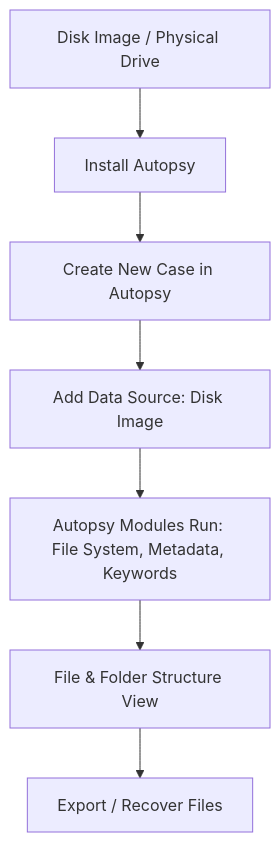
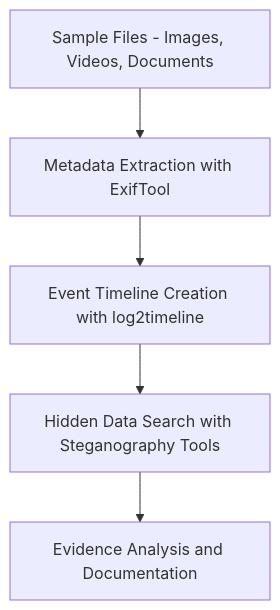
One commit to Kishorekumar22060/Metadata-Extraction-using-ExifTool-log2timeline-and-Hidden-Data-Search-using-Steganography-Tools changed the diagram in README.md. Above: the diagram before and after it, drawn with Mermaid. The commit also changed other lines of this file, not shown here.

````diff
--- a/README.md
+++ b/README.md
@@ -14,9 +12,7 @@
 ```mermaid
 flowchart TD
-    A[Disk Image / Physical Drive] --> B[Install Autopsy]
-    B --> C[Create New Case in Autopsy]
-    C --> D[Add Data Source: Disk Image]
-    D --> E["Autopsy Modules Run: File System, Metadata, Keywords"]
-    E --> F[File & Folder Structure View]
-    F --> G[Export / Recover Files]
+    A[Sample Files - Images, Videos, Documents] --> B[Metadata Extraction with ExifTool]
+    B --> C[Event Timeline Creation with log2timeline]
+    C --> D[Hidden Data Search with Steganography Tools]
+    D --> E[Evidence Analysis and Documentation]
 ```
````
